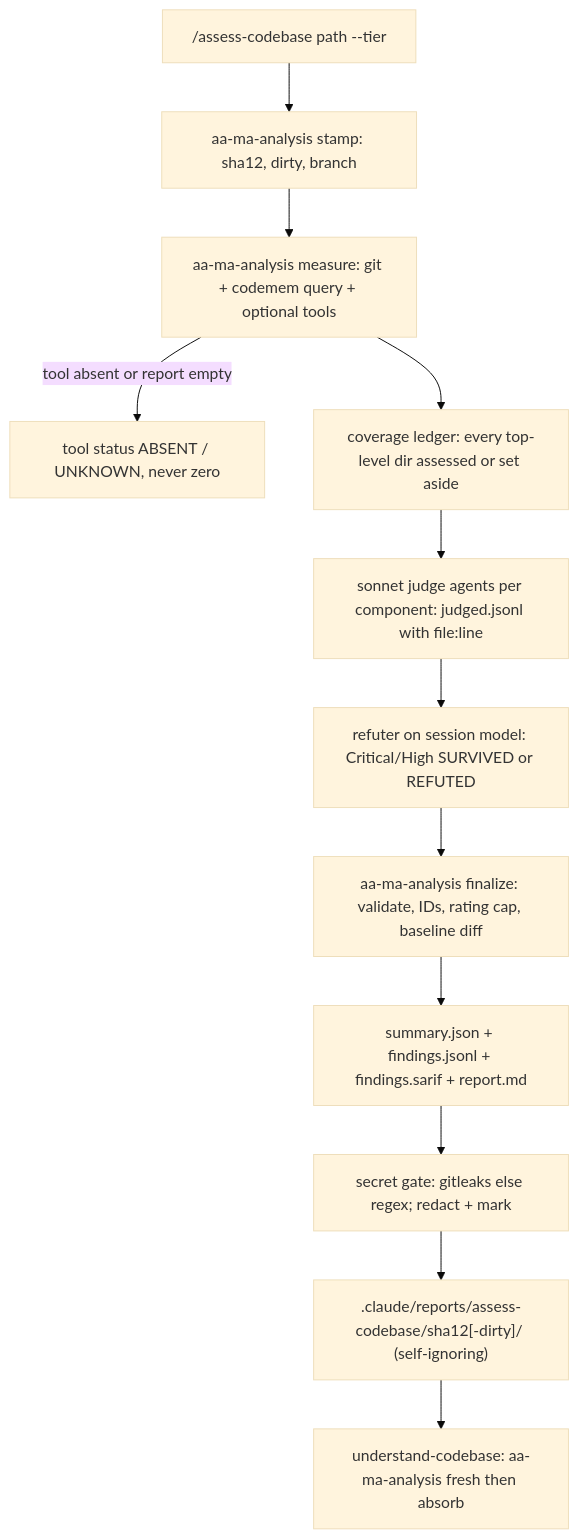
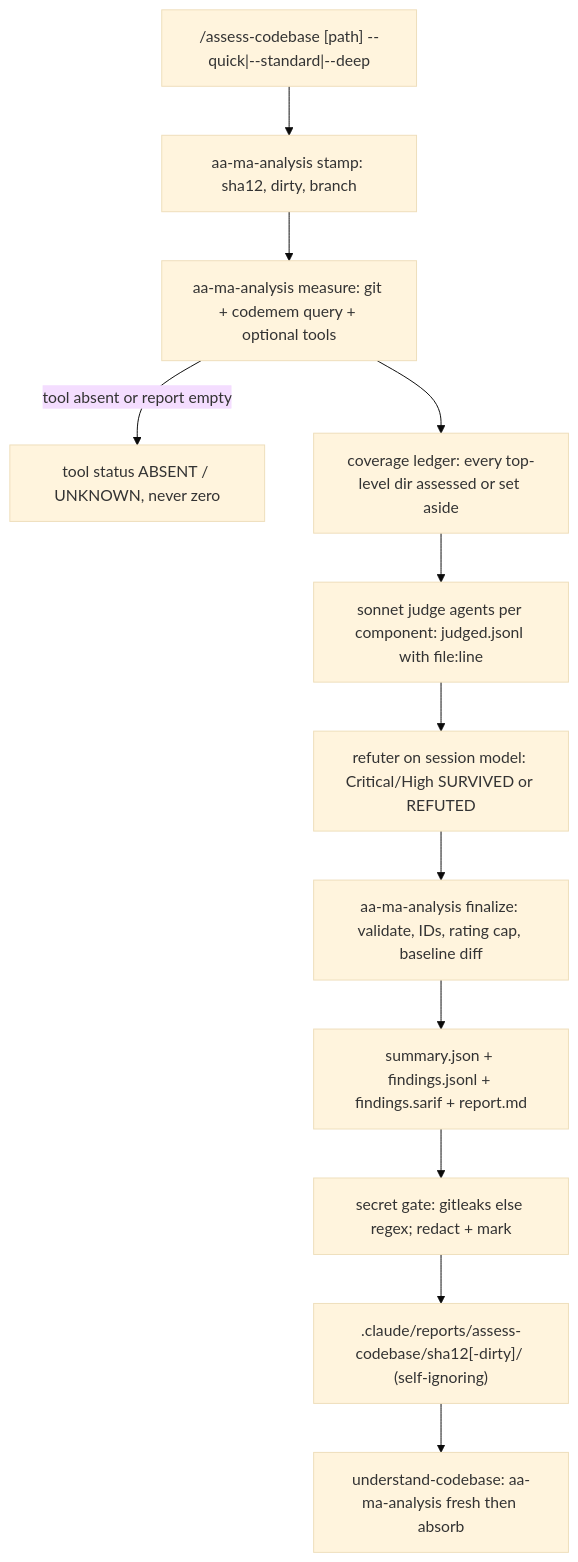
The second of 3 diagrams in .claude/dev/active/codebase-analysis-skills/codebase-analysis-skills-plan.md (snewhouse/aa-ma-forge), drawn with Mermaid (base theme) before and after one commit. The commit also changed other lines of this file and 5 other files, not shown here.

First line of the commit message:
docs(aa-ma): close /double-check findings on codebase-analysis-skills plan

````diff
--- a/.claude/dev/active/codebase-analysis-skills/codebase-analysis-skills-plan.md
+++ b/.claude/dev/active/codebase-analysis-skills/codebase-analysis-skills-plan.md
@@ -298,14 +300,14 @@
 ```mermaid
 flowchart TD
-  A["/assess-codebase path --tier"] --> B["aa-ma-analysis stamp: sha12, dirty, branch"]
+  A["/assess-codebase [path] --quick|--standard|--deep"] --> B["aa-ma-analysis stamp: sha12, dirty, branch"]
   B --> C["aa-ma-analysis measure: git + codemem query + optional tools"]
   C -->|tool absent or report empty| U["tool status ABSENT / UNKNOWN, never zero"]
   C --> D["coverage ledger: every top-level dir assessed or set aside"]
   D --> E["sonnet judge agents per component: judged.jsonl with file:line"]
   E --> F["refuter on session model: Critical/High SURVIVED or REFUTED"]
   F --> G["aa-ma-analysis finalize: validate, IDs, rating cap, baseline diff"]
   G --> H["summary.json + findings.jsonl + findings.sarif + report.md"]
   H --> S["secret gate: gitleaks else regex; redact + mark"]
   S --> R[".claude/reports/assess-codebase/sha12[-dirty]/ (self-ignoring)"]
   R --> V["understand-codebase: aa-ma-analysis fresh then absorb"]
 ```
````
